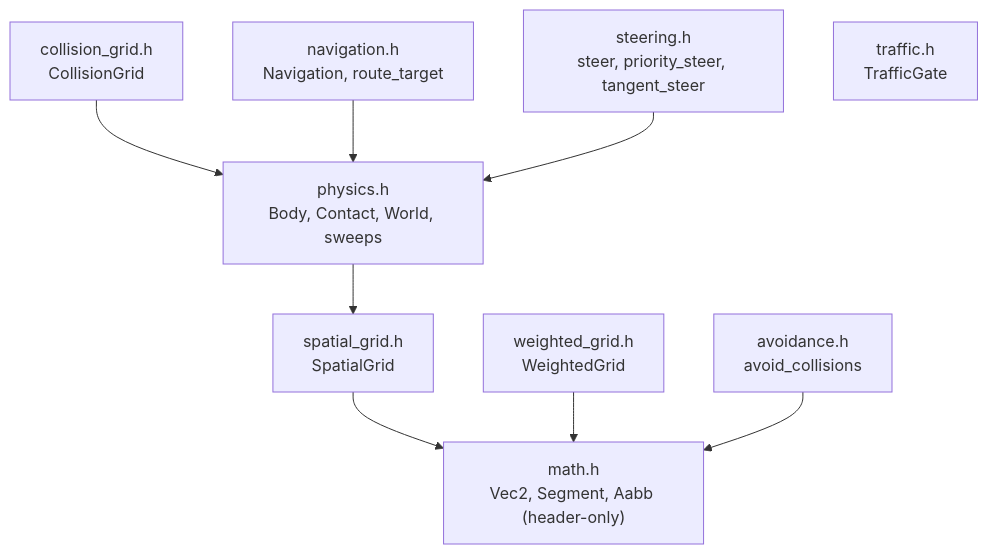
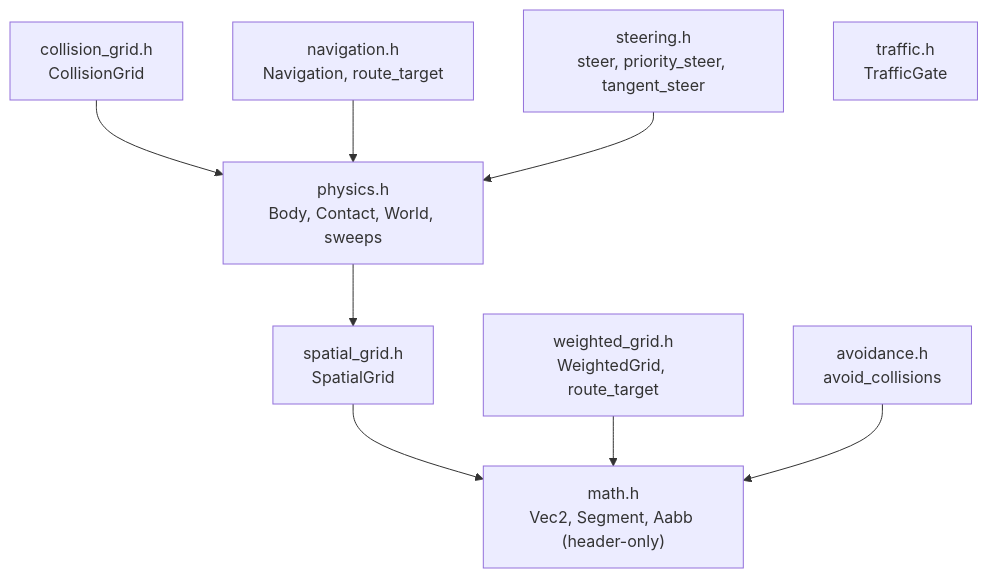
The first of 2 diagrams in src/simulation/README.md (SMB-M87/Kinetra), drawn with Mermaid before and after one commit. The commit also changed other lines of this file and 7 other files, not shown here.

````diff
--- a/src/simulation/README.md
+++ b/src/simulation/README.md
@@ -41,19 +41,19 @@
 ```mermaid
 flowchart TD
     Math["math.h<br/>Vec2, Segment, Aabb (header-only)"]
     Grid["spatial_grid.h<br/>SpatialGrid"]
     Physics["physics.h<br/>Body, Contact, World, sweeps"]
     CGrid["collision_grid.h<br/>CollisionGrid"]
     Nav["navigation.h<br/>Navigation, route_target"]
-    WGrid["weighted_grid.h<br/>WeightedGrid"]
+    WGrid["weighted_grid.h<br/>WeightedGrid, route_target"]
     Steer["steering.h<br/>steer, priority_steer, tangent_steer"]
     Avoid["avoidance.h<br/>avoid_collisions"]
     Traffic["traffic.h<br/>TrafficGate"]
     Grid --> Math
     Physics --> Grid
     CGrid --> Physics
     Nav --> Physics
     Steer --> Physics
     WGrid --> Math
     Avoid --> Math
 ```
````
